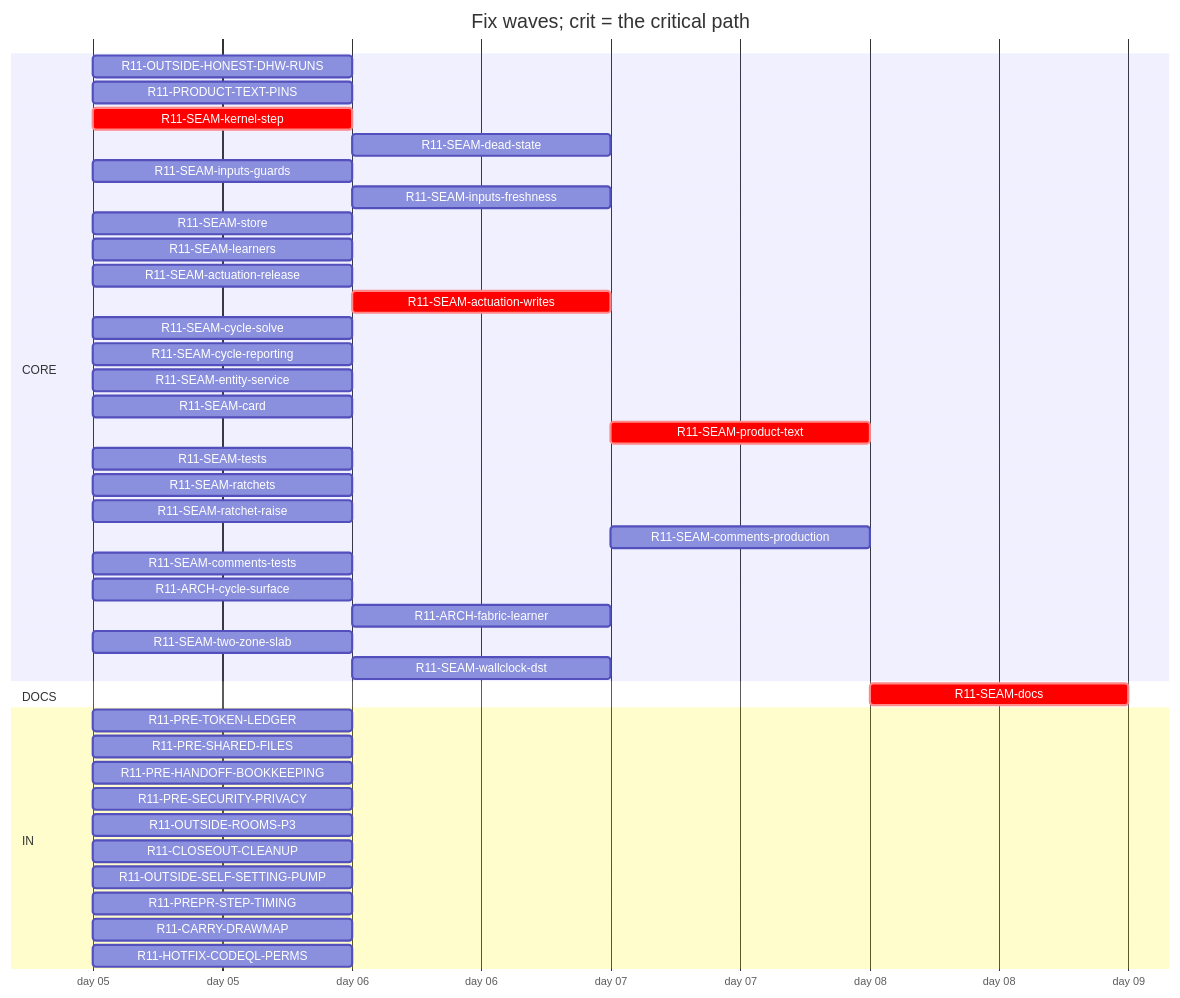
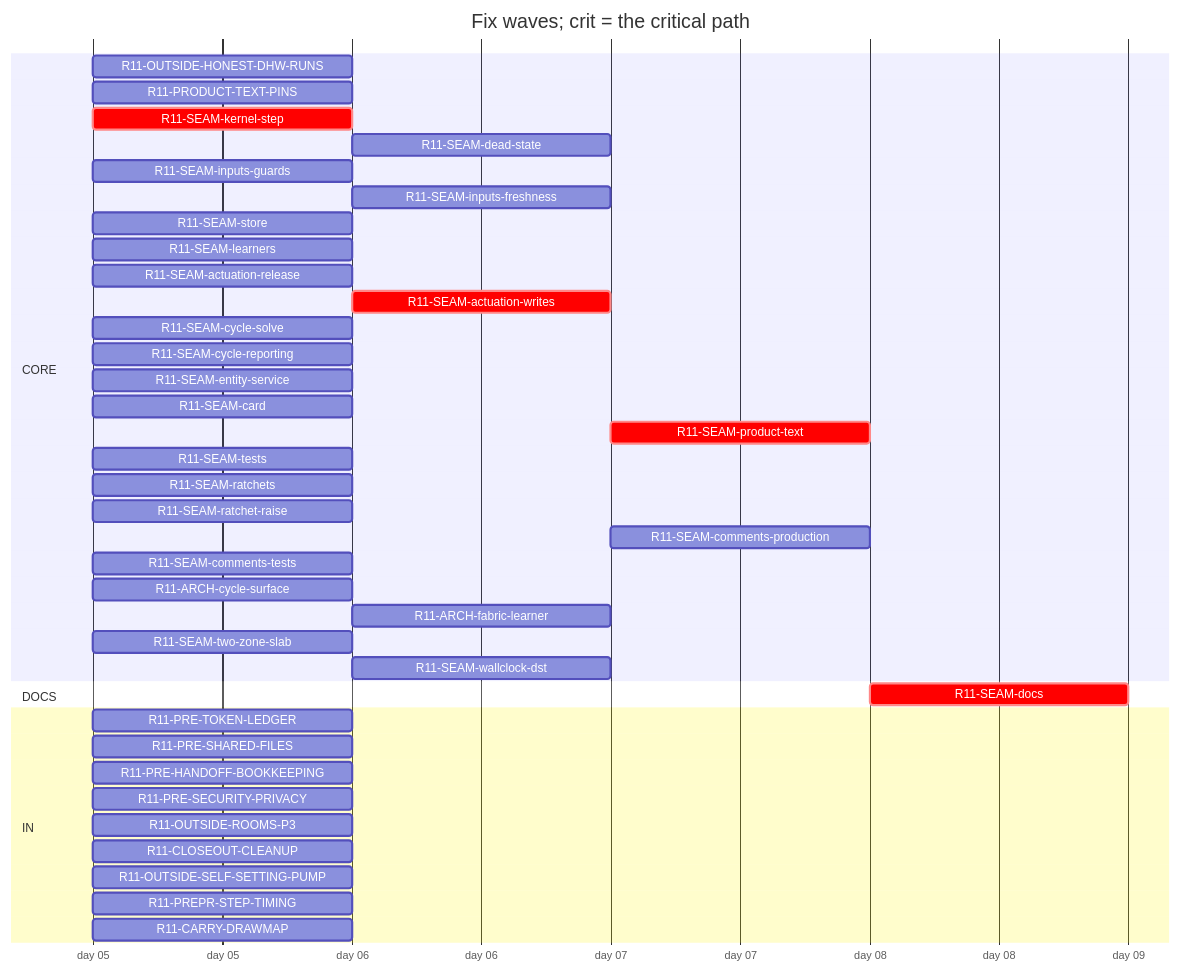
Before and after one commit to tvofi/heatpump_optimizer: the diagram in handoff/round11/state/PLAN-TABLE.md, drawn with Mermaid. The commit also changed other lines of this file and 4 other files, not shown here.

Commit message:
state: FLOW-BOARD.md, NEXT-SESSION-PROMPT.md, PLAN-TABLE.md, PLAN.html, RESUME-CURRENT.md regenerated (state_docs.py)

````diff
--- a/handoff/round11/state/PLAN-TABLE.md
+++ b/handoff/round11/state/PLAN-TABLE.md
@@ -16,44 +16,43 @@
 ```mermaid
 gantt
   title Fix waves; crit = the critical path
   dateFormat YYYY-MM-DD
   axisFormat day %d
   section CORE
     R11-OUTSIDE-HONEST-DHW-RUNS :r11OUTSIDEHONESTDHWRUNS, 2026-01-05, 1d
     R11-PRODUCT-TEXT-PINS :r11PRODUCTTEXTPINS, 2026-01-05, 1d
     R11-SEAM-kernel-step :crit, r11SEAMkernelstep, 2026-01-05, 1d
     R11-SEAM-dead-state :r11SEAMdeadstate, after r11SEAMstore, 1d
     R11-SEAM-inputs-guards :r11SEAMinputsguards, 2026-01-05, 1d
     R11-SEAM-inputs-freshness :r11SEAMinputsfreshness, after r11SEAMkernelstep, 1d
     R11-SEAM-store :r11SEAMstore, 2026-01-05, 1d
     R11-SEAM-learners :r11SEAMlearners, 2026-01-05, 1d
     R11-SEAM-actuation-release :r11SEAMactuationrelease, 2026-01-05, 1d
     R11-SEAM-actuation-writes :crit, r11SEAMactuationwrites, after r11SEAMkernelstep r11SEAMactuationrelease, 1d
     R11-SEAM-cycle-solve :r11SEAMcyclesolve, 2026-01-05, 1d
     R11-SEAM-cycle-reporting :r11SEAMcyclereporting, 2026-01-05, 1d
     R11-SEAM-entity-service :r11SEAMentityservice, 2026-01-05, 1d
     R11-SEAM-card :r11SEAMcard, 2026-01-05, 1d
     R11-SEAM-product-text :crit, r11SEAMproducttext, after r11SEAMactuationrelease r11SEAMactuationwrites r11SEAMentityservice r11SEAMinputsguards r11SEAMinputsfreshness r11SEAMcyclesolve r11SEAMcyclereporting, 1d
     R11-SEAM-tests :r11SEAMtests, 2026-01-05, 1d
     R11-SEAM-ratchets :r11SEAMratchets, 2026-01-05, 1d
     R11-SEAM-ratchet-raise :r11SEAMratchetraise, 2026-01-05, 1d
     R11-SEAM-comments-production :r11SEAMcommentsproduction, after r11SEAMactuationrelease r11SEAMactuationwrites r11SEAMentityservice r11SEAMinputsguards r11SEAMinputsfreshness r11SEAMcyclesolve r11SEAMcyclereporting, 1d
     R11-SEAM-comments-tests :r11SEAMcommentstests, 2026-01-05, 1d
     R11-ARCH-cycle-surface :r11ARCHcyclesurface, 2026-01-05, 1d
     R11-ARCH-fabric-learner :r11ARCHfabriclearner, after r11SEAMlearners, 1d
     R11-SEAM-two-zone-slab :r11SEAMtwozoneslab, 2026-01-05, 1d
     R11-SEAM-wallclock-dst :r11SEAMwallclockdst, after r11SEAMkernelstep, 1d
   section DOCS
     R11-SEAM-docs :crit, r11SEAMdocs, after r11SEAMlearners r11SEAMactuationrelease r11SEAMactuationwrites r11SEAMentityservice r11SEAMinputsguards r11SEAMinputsfreshness r11SEAMcyclesolve r11SEAMcyclereporting r11SEAMcard r11SEAMproducttext, 1d
   section IN
     R11-PRE-TOKEN-LEDGER :r11PRETOKENLEDGER, 2026-01-05, 1d
     R11-PRE-SHARED-FILES :r11PRESHAREDFILES, 2026-01-05, 1d
     R11-PRE-HANDOFF-BOOKKEEPING :r11PREHANDOFFBOOKKEEPING, 2026-01-05, 1d
     R11-PRE-SECURITY-PRIVACY :r11PRESECURITYPRIVACY, 2026-01-05, 1d
     R11-OUTSIDE-ROOMS-P3 :r11OUTSIDEROOMSP3, 2026-01-05, 1d
     R11-CLOSEOUT-CLEANUP :r11CLOSEOUTCLEANUP, 2026-01-05, 1d
     R11-OUTSIDE-SELF-SETTING-PUMP :r11OUTSIDESELFSETTINGPUMP, 2026-01-05, 1d
     R11-PREPR-STEP-TIMING :r11PREPRSTEPTIMING, 2026-01-05, 1d
     R11-CARRY-DRAWMAP :r11CARRYDRAWMAP, 2026-01-05, 1d
-    R11-HOTFIX-CODEQL-PERMS :r11HOTFIXCODEQLPERMS, 2026-01-05, 1d
 ```
````
